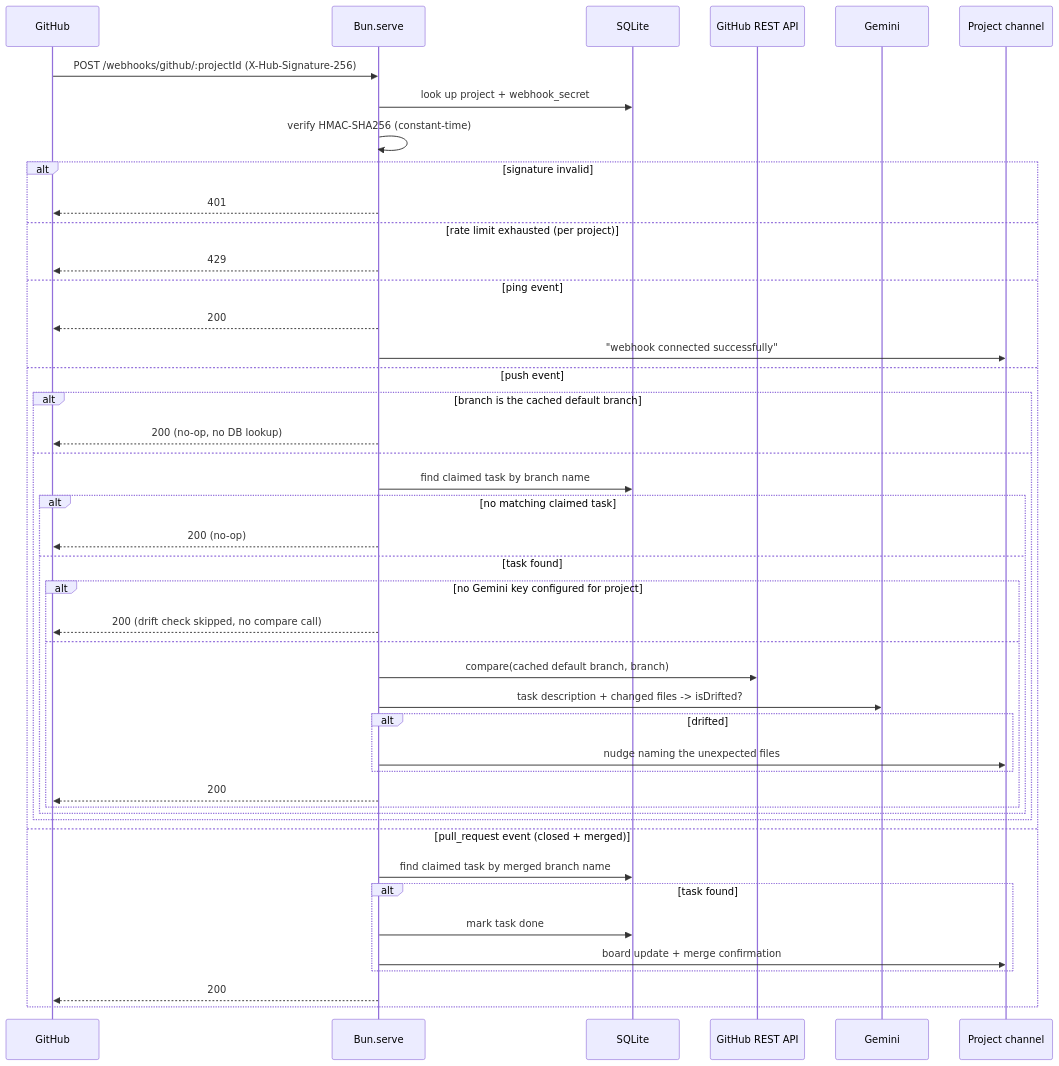
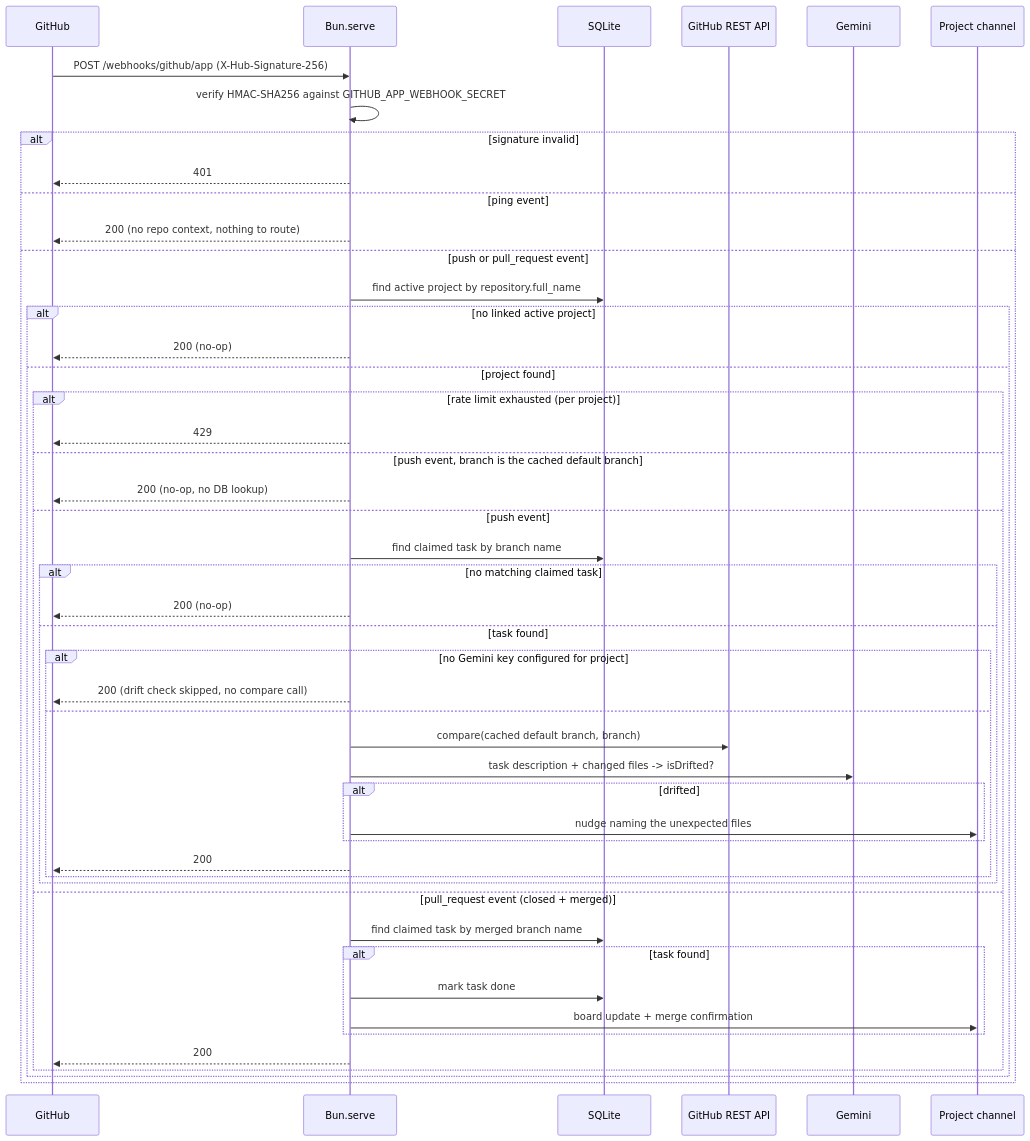
The second of 2 diagrams in README.md (PratikDev/spud), drawn with Mermaid before and after one commit. The commit also changed other lines of this file, not shown here.

Commit message:
Document the App-level webhook architecture in README

````diff
--- a/README.md
+++ b/README.md
@@ -105,48 +105,51 @@
 ```mermaid
 sequenceDiagram
     participant GH as GitHub
     participant HTTP as Bun.serve
     participant DB as SQLite
     participant API as GitHub REST API
     participant LLM as Gemini
     participant Discord as Project channel
 
-    GH->>HTTP: POST /webhooks/github/:projectId (X-Hub-Signature-256)
-    HTTP->>DB: look up project + webhook_secret
-    HTTP->>HTTP: verify HMAC-SHA256 (constant-time)
+    GH->>HTTP: POST /webhooks/github/app (X-Hub-Signature-256)
+    HTTP->>HTTP: verify HMAC-SHA256 against GITHUB_APP_WEBHOOK_SECRET
     alt signature invalid
         HTTP-->>GH: 401
-    else rate limit exhausted (per project)
-        HTTP-->>GH: 429
     else ping event
-        HTTP-->>GH: 200
-        HTTP->>Discord: "webhook connected successfully"
-    else push event
-        alt branch is the cached default branch
-            HTTP-->>GH: 200 (no-op, no DB lookup)
-        else
-            HTTP->>DB: find claimed task by branch name
-            alt no matching claimed task
-                HTTP-->>GH: 200 (no-op)
-            else task found
-                alt no Gemini key configured for project
-                    HTTP-->>GH: 200 (drift check skipped, no compare call)
-                else
-                    HTTP->>API: compare(cached default branch, branch)
-                    HTTP->>LLM: task description + changed files -> isDrifted?
-                    alt drifted
-                        HTTP->>Discord: nudge naming the unexpected files
+        HTTP-->>GH: 200 (no repo context, nothing to route)
+    else push or pull_request event
+        HTTP->>DB: find active project by repository.full_name
+        alt no linked active project
+            HTTP-->>GH: 200 (no-op)
+        else project found
+            alt rate limit exhausted (per project)
+                HTTP-->>GH: 429
+            else push event, branch is the cached default branch
+                HTTP-->>GH: 200 (no-op, no DB lookup)
+            else push event
+                HTTP->>DB: find claimed task by branch name
+                alt no matching claimed task
+                    HTTP-->>GH: 200 (no-op)
+                else task found
+                    alt no Gemini key configured for project
+                        HTTP-->>GH: 200 (drift check skipped, no compare call)
+                    else
+                        HTTP->>API: compare(cached default branch, branch)
+                        HTTP->>LLM: task description + changed files -> isDrifted?
+                        alt drifted
+                            HTTP->>Discord: nudge naming the unexpected files
+                        end
+                        HTTP-->>GH: 200
                     end
-                    HTTP-->>GH: 200
                 end
+            else pull_request event (closed + merged)
+                HTTP->>DB: find claimed task by merged branch name
+                alt task found
+                    HTTP->>DB: mark task done
+                    HTTP->>Discord: board update + merge confirmation
+                end
+                HTTP-->>GH: 200
             end
         end
-    else pull_request event (closed + merged)
-        HTTP->>DB: find claimed task by merged branch name
-        alt task found
-            HTTP->>DB: mark task done
-            HTTP->>Discord: board update + merge confirmation
-        end
-        HTTP-->>GH: 200
     end
 ```
````
